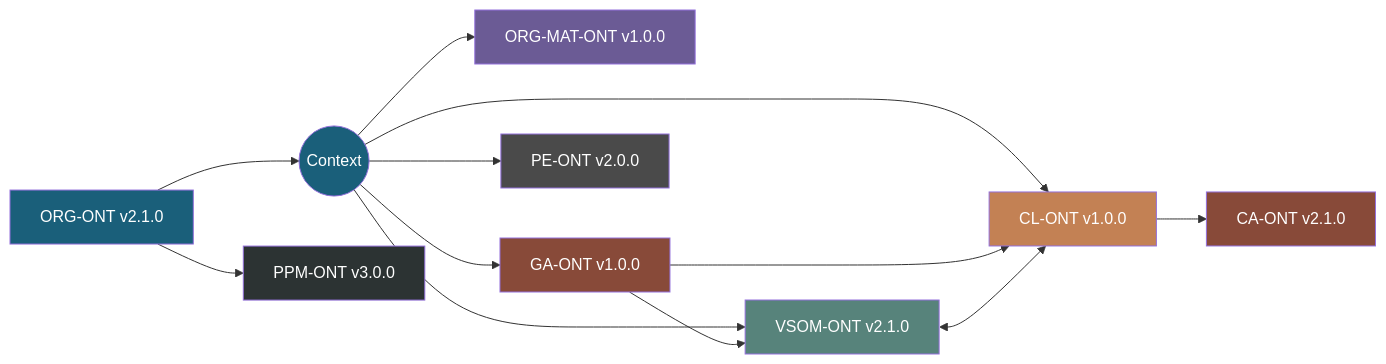
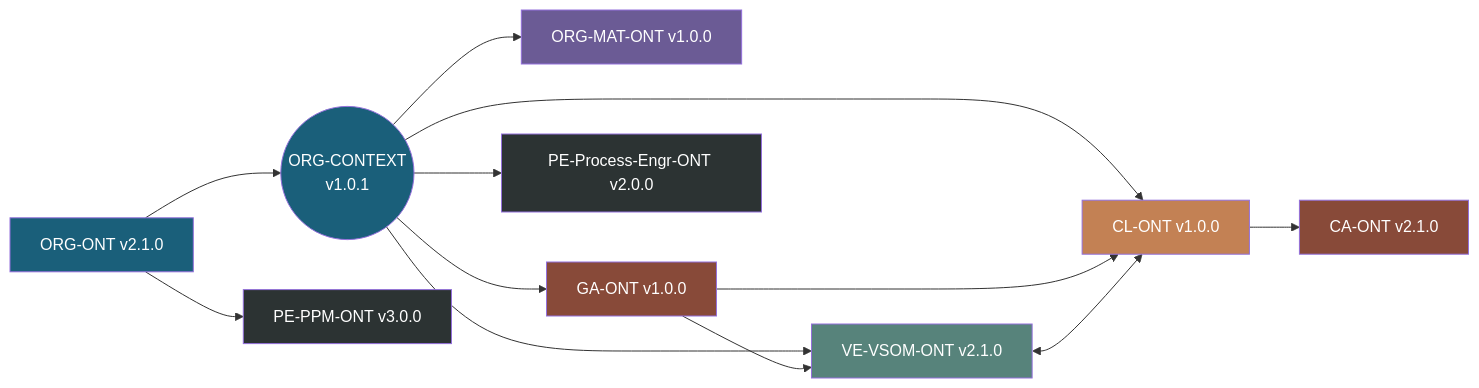
Before and after one commit to ajrmooreuk/Azlan-EA-AAA: the seventh of 7 diagrams in PBS/ONTOLOGIES/ONTOLOGY-ARCHITECTURE.md, drawn with Mermaid. The commit also changed other lines of this file and 16 other files, not shown here.

First line of the commit message:
Update ONTOLOGY-ARCHITECTURE v2.0.0 and migrate ORG-ONT files

````diff
--- a/PBS/ONTOLOGIES/ONTOLOGY-ARCHITECTURE.md
+++ b/PBS/ONTOLOGIES/ONTOLOGY-ARCHITECTURE.md
@@ -313,24 +454,24 @@
 ```mermaid
 graph LR
-    ORG[ORG-ONT v2.1.0] --> CTX((Context))
-    CTX --> VSOM[VSOM-ONT v2.1.0]
+    ORG[ORG-ONT v2.1.0] --> CTX((ORG-CONTEXT<br/>v1.0.1))
+    CTX --> VSOM[VE-VSOM-ONT v2.1.0]
     CTX --> CL[CL-ONT v1.0.0]
     CTX --> MAT[ORG-MAT-ONT v1.0.0]
     CTX --> GA[GA-ONT v1.0.0]
-    CTX --> PE[PE-ONT v2.0.0]
+    CTX --> PE[PE-Process-Engr-ONT v2.0.0]
     CL --> CA[CA-ONT v2.1.0]
     GA --> CL
     GA --> VSOM
     VSOM <--> CL
-    ORG --> PPM[PPM-ONT v3.0.0]
+    ORG --> PPM[PE-PPM-ONT v3.0.0]
 
     style ORG fill:#1a5f7a,color:#fff
     style CTX fill:#1a5f7a,color:#fff
     style VSOM fill:#57837b,color:#fff
     style CL fill:#c38154,color:#fff
     style CA fill:#884a39,color:#fff
     style GA fill:#884a39,color:#fff
     style MAT fill:#6b5b95,color:#fff
     style PPM fill:#2c3333,color:#fff
-    style PE fill:#4a4a4a,color:#fff
+    style PE fill:#2c3333,color:#fff
 ```
````
